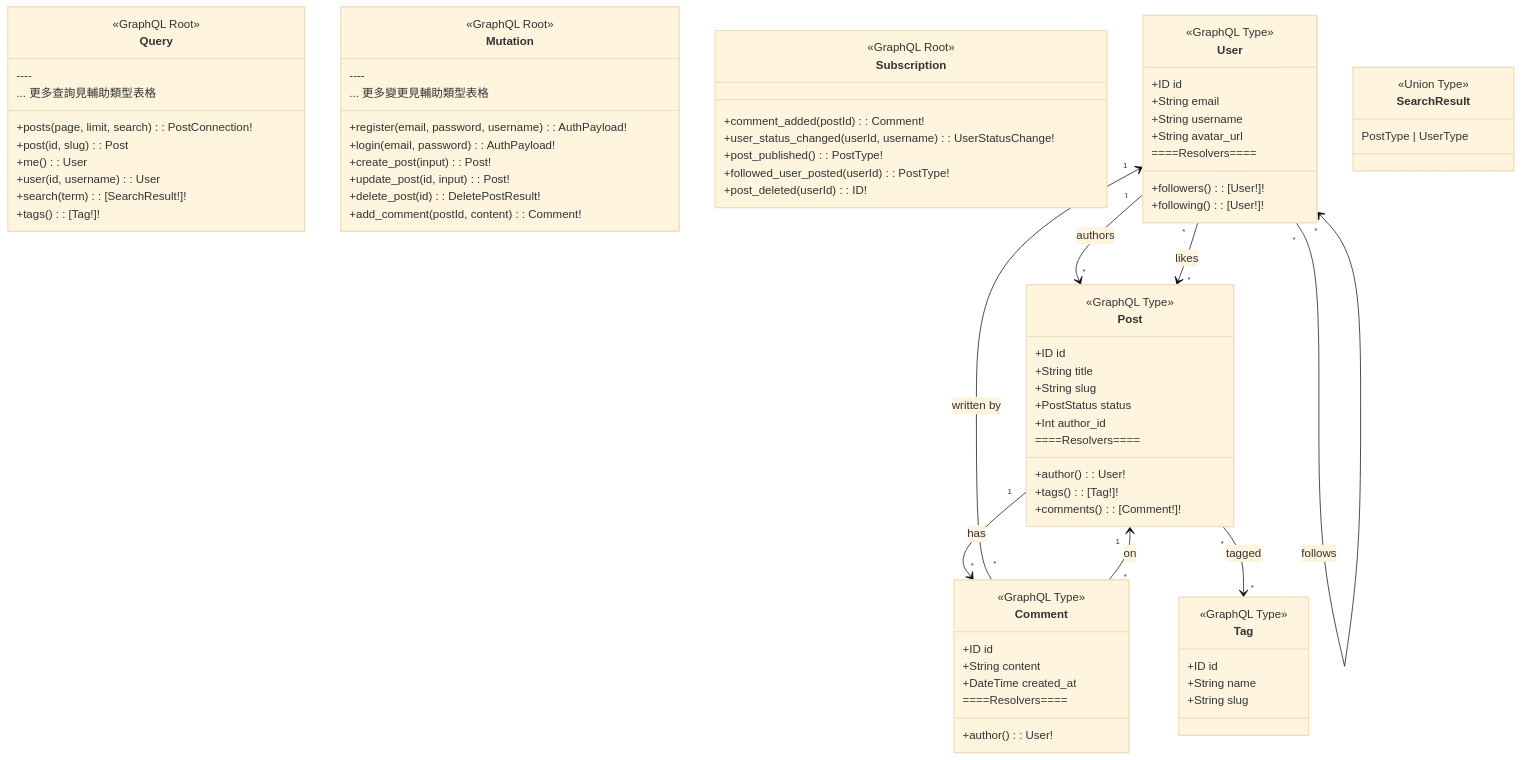
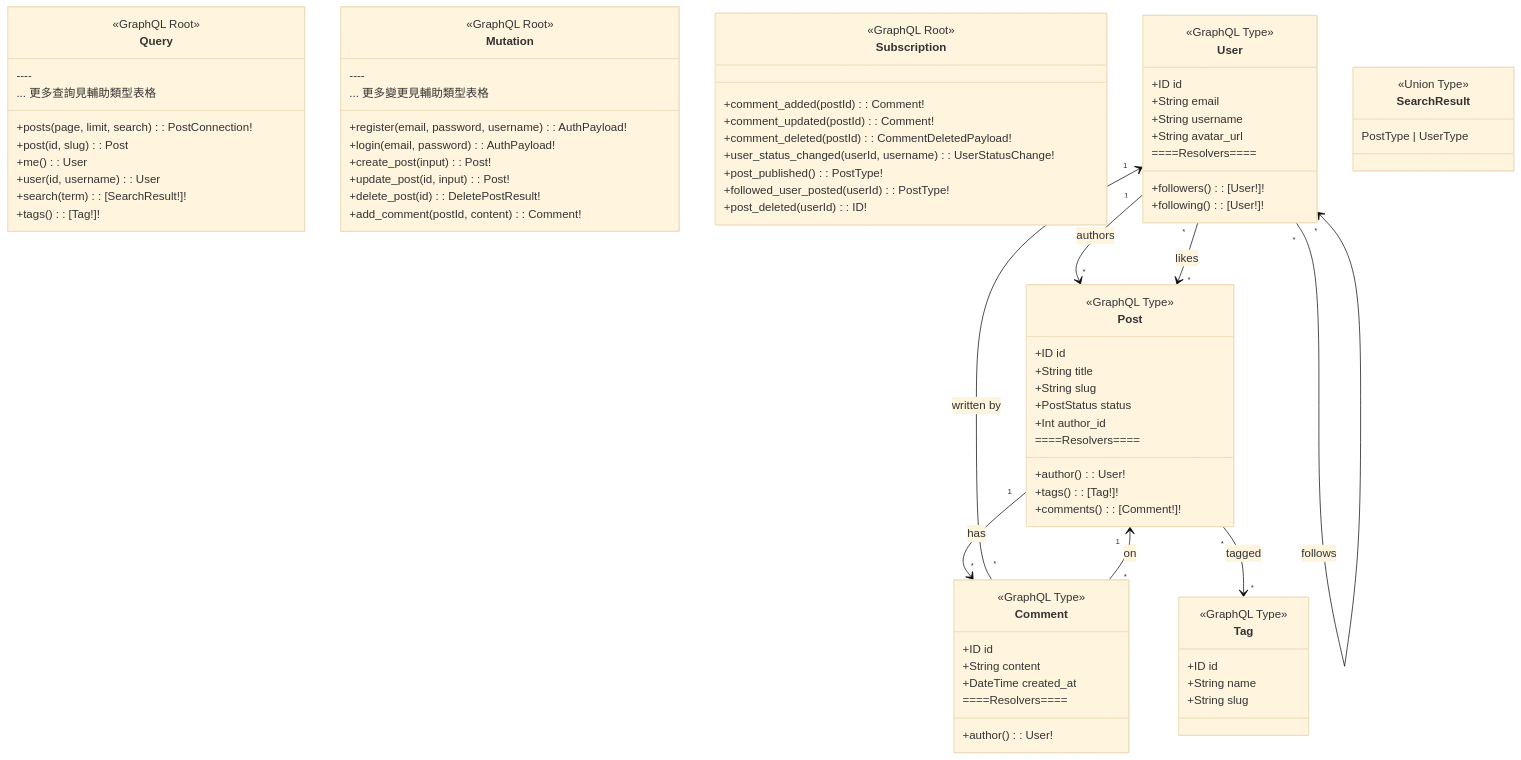
The fourth of 7 diagrams in docs/architecture.md (twtrubiks/graphql-python-blog), drawn with Mermaid (base theme) before and after one commit. The commit also changed 14 other files, not shown here.

First line of the commit message:
feat: 新增 commentUpdated / commentDeleted 即時訂閱，留言編輯與刪除跨用戶同步

```diff
--- a/docs/architecture.md
+++ b/docs/architecture.md
@@ -197,6 +197,8 @@
     class Subscription {
         <<GraphQL Root>>
         +comment_added(postId): Comment!
+        +comment_updated(postId): Comment!
+        +comment_deleted(postId): CommentDeletedPayload!
         +user_status_changed(userId, username): UserStatusChange!
         +post_published(): PostType!
         +followed_user_posted(userId): PostType!
```
